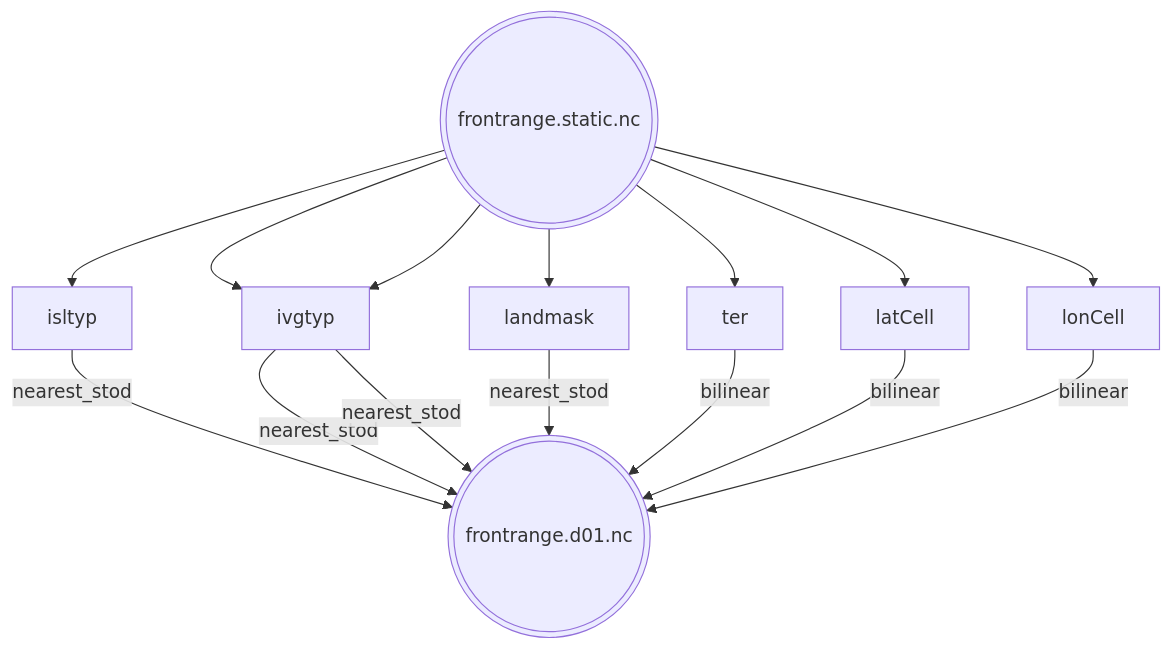
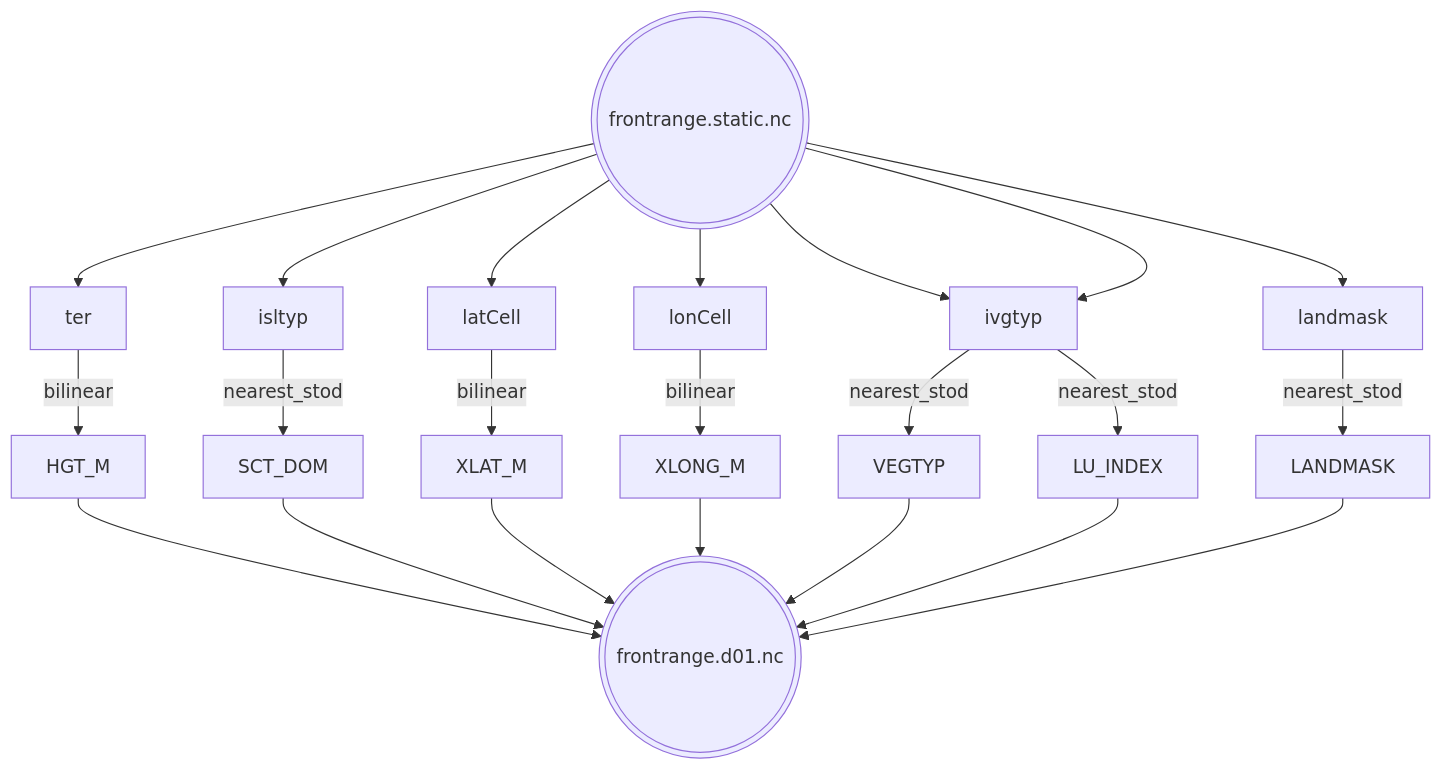
One commit to NCAR/mpas-hydro changed the diagram in README.md. Above: the diagram before and after it, drawn with Mermaid. The commit also changed other lines of this file, not shown here.

Commit message:
adding more to geo-file mermaid graph

````diff
--- a/README.md
+++ b/README.md
@@ -197,21 +181,29 @@
 ```mermaid
 flowchart TD
   frontrange(((frontrange.static.nc)))
   d01(((frontrange.d01.nc)))
   frontrange --> isltyp
   frontrange --> ivgtyp
   frontrange --> ivgtyp
   frontrange --> landmask
-  isltyp -- nearest_stod --> d01
-  ivgtyp -- nearest_stod --> d01
-  ivgtyp -- nearest_stod --> d01
-  landmask -- nearest_stod --> d01
-
-
   frontrange --> ter
   frontrange --> latCell
   frontrange --> lonCell
-  ter -- bilinear --> d01
-  latCell -- bilinear --> d01
-  lonCell -- bilinear --> d01
+
+  isltyp -- nearest_stod --> SCT_DOM
+  ivgtyp -- nearest_stod --> VEGTYP
+  ivgtyp -- nearest_stod --> LU_INDEX
+  landmask -- nearest_stod --> LANDMASK
+  ter -- bilinear --> HGT_M
+  latCell -- bilinear --> XLAT_M
+  lonCell -- bilinear --> XLONG_M
+
+  HGT_M --> d01
+  SCT_DOM --> d01
+  XLAT_M --> d01
+  XLONG_M --> d01
+  VEGTYP --> d01
+  LU_INDEX --> d01
+  LANDMASK --> d01
+
 ```
````
